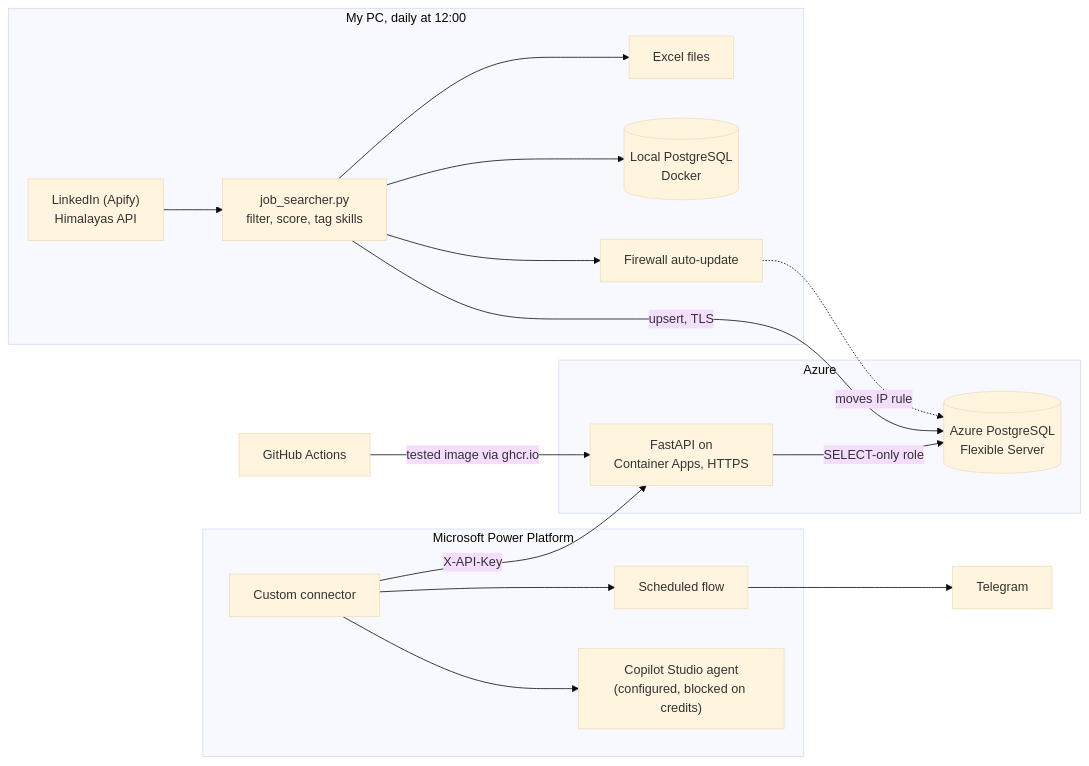
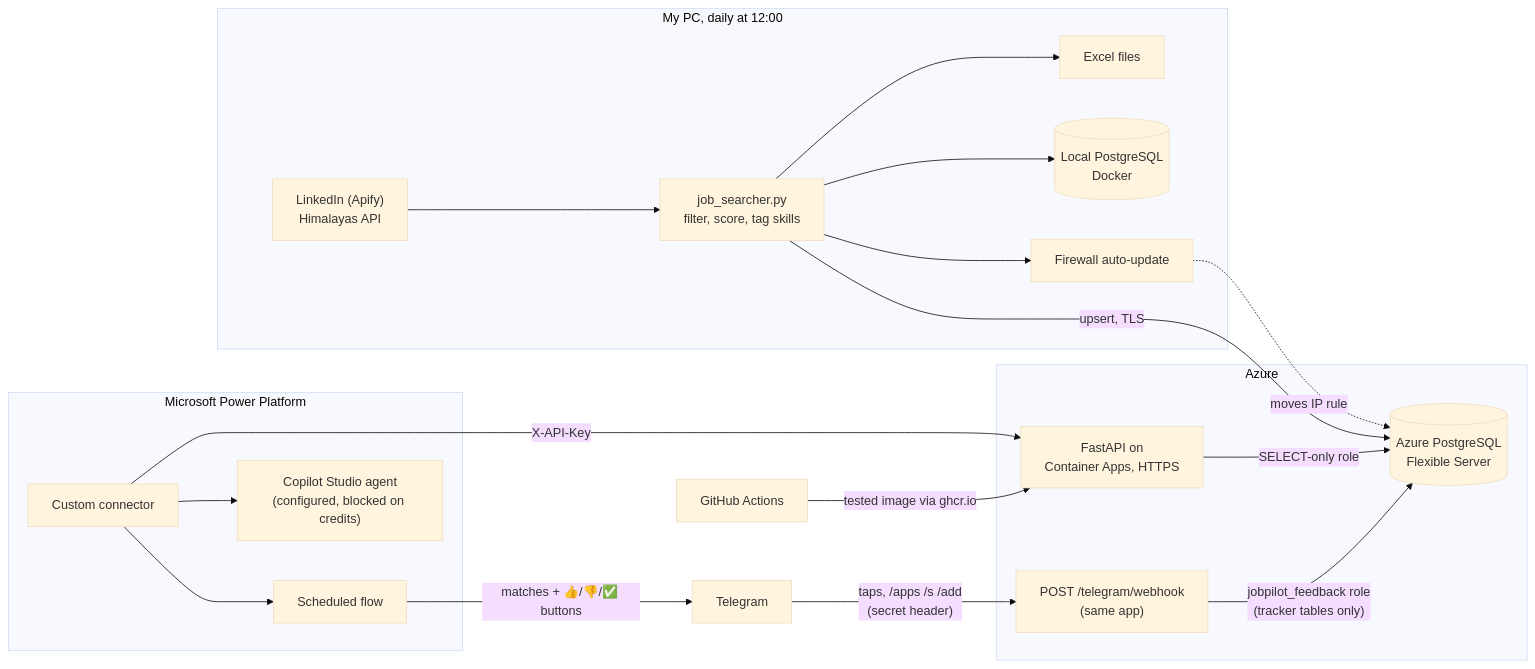
One commit to kaankababulut/jobpilot changed the diagram in README.md. Above: the diagram before and after it, drawn with Mermaid (base theme). The commit also changed other lines of this file and 8 other files, not shown here.

First line of the commit message:
Document the tracker: README, design decisions, setup runbook, flow buttons

````diff
--- a/README.md
+++ b/README.md
@@ -21,26 +21,29 @@
 ```mermaid
 flowchart LR
     subgraph PC["My PC, daily at 12:00"]
         SRC["LinkedIn (Apify)<br/>Himalayas API"] --> J["job_searcher.py<br/>filter, score, tag skills"]
         J --> X["Excel files"]
         J --> P[("Local PostgreSQL<br/>Docker")]
         J --> F["Firewall auto-update"]
     end
     subgraph AZ["Azure"]
         Z[("Azure PostgreSQL<br/>Flexible Server")]
         API["FastAPI on<br/>Container Apps, HTTPS"]
+        WH["POST /telegram/webhook<br/>(same app)"]
     end
     subgraph PP["Microsoft Power Platform"]
         CC["Custom connector"]
         FL["Scheduled flow"]
         AG["Copilot Studio agent<br/>(configured, blocked on credits)"]
     end
     F -. "moves IP rule" .-> Z
     J -- "upsert, TLS" --> Z
     API -- "SELECT-only role" --> Z
     CC -- "X-API-Key" --> API
     CC --> FL
     CC --> AG
-    FL --> TG["Telegram"]
+    FL -- "matches + 👍/👎/✅ buttons" --> TG["Telegram"]
+    TG -- "taps, /apps /s /add<br/>(secret header)" --> WH
+    WH -- "jobpilot_feedback role<br/>(tracker tables only)" --> Z
     GH["GitHub Actions"] -- "tested image via ghcr.io" --> API
 ```
````
